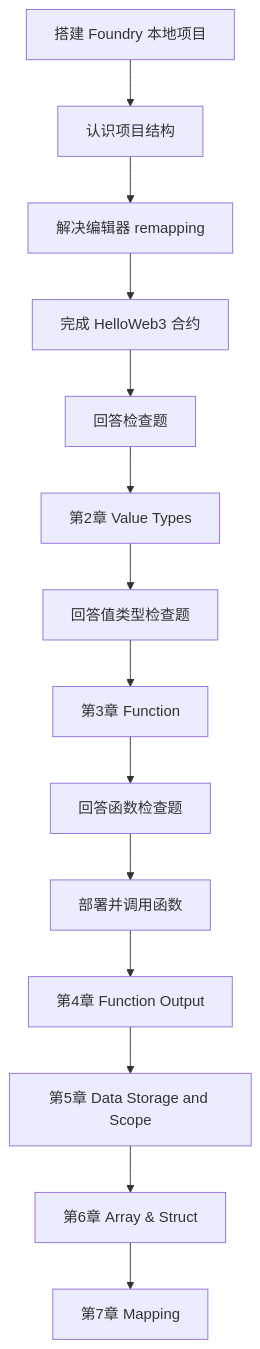
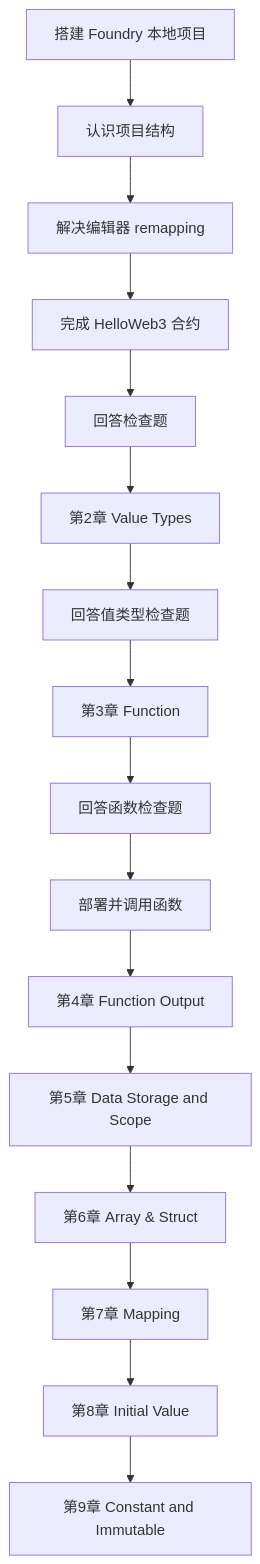
Before and after one commit to daxiguaguagua-hash/wtf-academy-learning: the fourth of 4 diagrams in 交接记录.md, drawn with Mermaid. The commit also changed other lines of this file and 2 other files, not shown here.

````diff
--- a/交接记录.md
+++ b/交接记录.md
@@ -159,16 +167,18 @@
 ```mermaid
 flowchart TD
 A[搭建 Foundry 本地项目] --> B[认识项目结构]
 B --> C[解决编辑器 remapping]
 C --> D[完成 HelloWeb3 合约]
 D --> E[回答检查题]
 E --> F[第2章 Value Types]
 F --> G[回答值类型检查题]
 G --> H[第3章 Function]
 H --> I[回答函数检查题]
 I --> J[部署并调用函数]
 J --> K[第4章 Function Output]
 K --> L[第5章 Data Storage and Scope]
 L --> M[第6章 Array & Struct]
 M --> N[第7章 Mapping]
+N --> O[第8章 Initial Value]
+O --> P[第9章 Constant and Immutable]
 ```
````
